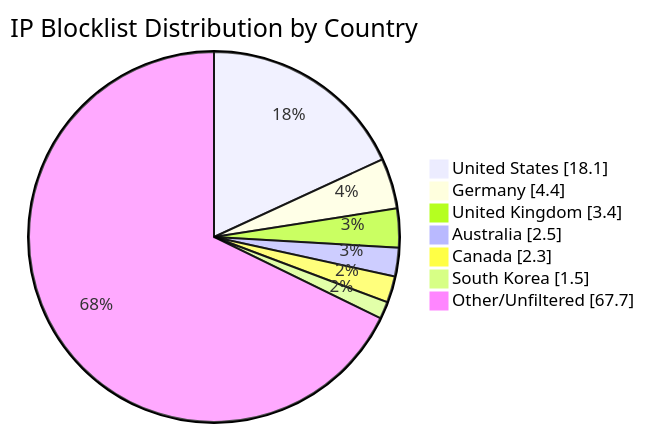
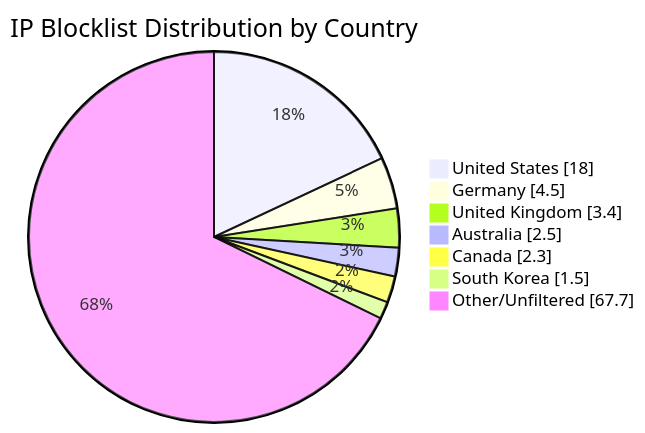
Before and after one commit to MarcusHoltz/ipblocklist-geofiltered-aggregator: the diagram in README.md, drawn with Mermaid. The commit also changed other lines of this file and 9 other files, not shown here.

````diff
--- a/README.md
+++ b/README.md
@@ -34,10 +34,10 @@
 ```mermaid
 pie showData title IP Blocklist Distribution by Country
-"United States" : 18.1
-"Germany" : 4.4
+"United States" : 18.0
+"Germany" : 4.5
 "United Kingdom" : 3.4
 "Australia" : 2.5
 "Canada" : 2.3
 "South Korea" : 1.5
 "Other/Unfiltered" : 67.7
 ```
````
